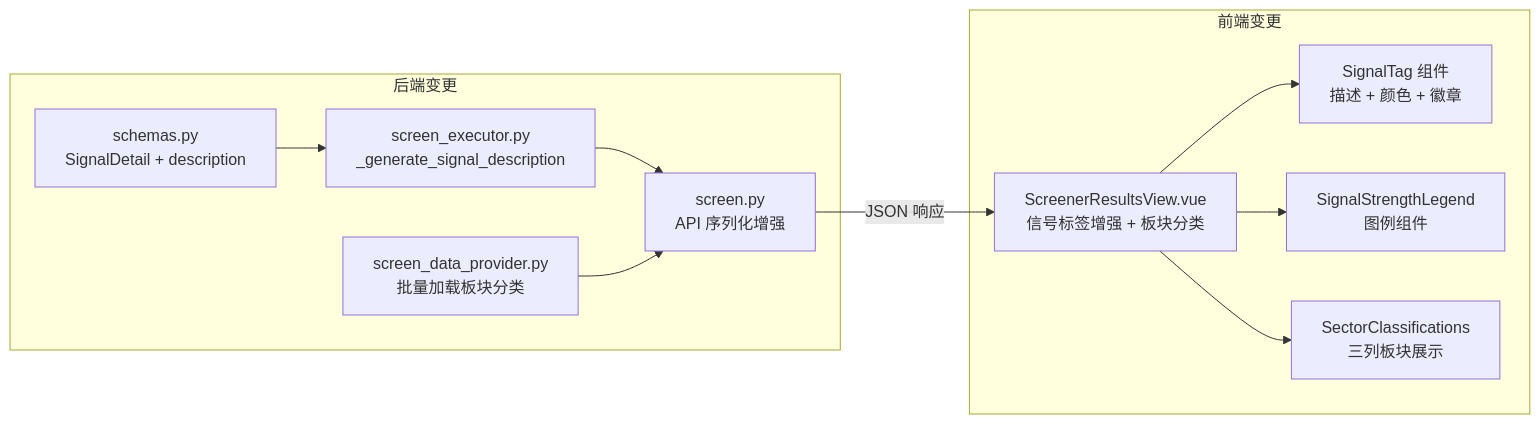
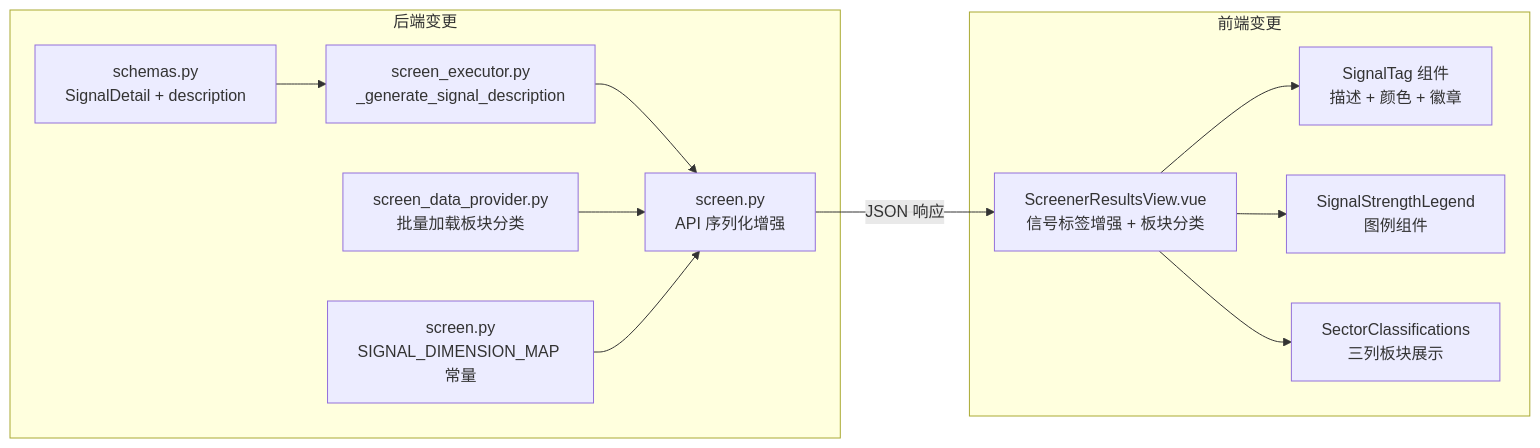
Before and after one commit to xdengpao/PoperRight: the first of 3 diagrams in .kiro/specs/signal-detail-enhancement/design.md, drawn with Mermaid. The commit also changed other lines of this file and 9 other files, not shown here.

````diff
--- a/.kiro/specs/signal-detail-enhancement/design.md
+++ b/.kiro/specs/signal-detail-enhancement/design.md
@@ -32,17 +37,18 @@
 ```mermaid
 graph LR
     subgraph "后端变更"
         A[schemas.py<br/>SignalDetail + description] --> B[screen_executor.py<br/>_generate_signal_description]
         B --> C[screen.py<br/>API 序列化增强]
         D2[screen_data_provider.py<br/>批量加载板块分类] --> C
+        E2[screen.py<br/>SIGNAL_DIMENSION_MAP 常量] --> C
     end
 
     subgraph "前端变更"
         D[ScreenerResultsView.vue<br/>信号标签增强 + 板块分类]
         D --> E[SignalTag 组件<br/>描述 + 颜色 + 徽章]
         D --> F[SignalStrengthLegend<br/>图例组件]
         D --> G[SectorClassifications<br/>三列板块展示]
     end
 
     C -->|JSON 响应| D
 ```
````
